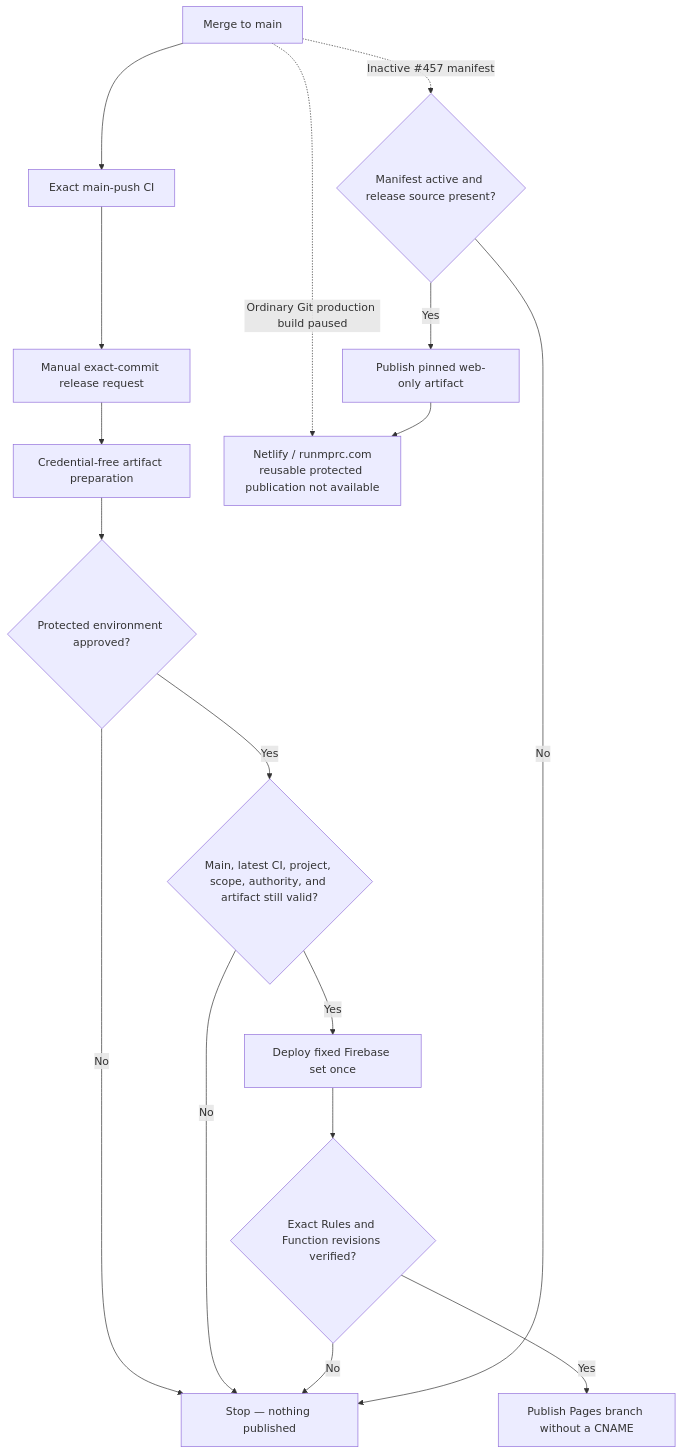
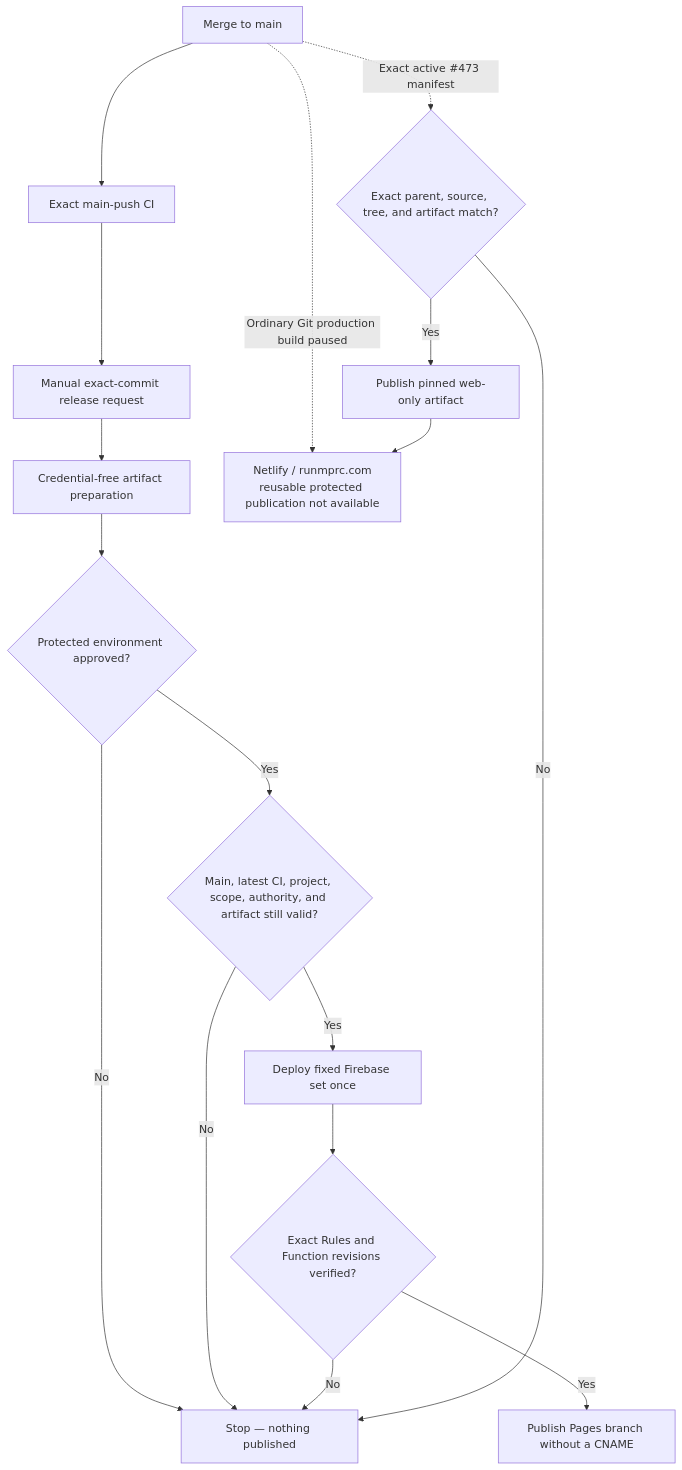
The second of 50 diagrams in SYSTEM_DESIGN.md (Run-MPRC/Run-MPRC.github.io), drawn with Mermaid before and after one commit. The commit also changed other lines of this file and 8 other files, not shown here.

Commit message:
Arm exact Shop and Events website release

````diff
--- a/SYSTEM_DESIGN.md
+++ b/SYSTEM_DESIGN.md
@@ -96,19 +96,19 @@
 ```mermaid
 flowchart TD
     Merge["Merge to main"] --> CI["Exact main-push CI"]
     CI --> Request["Manual exact-commit release request"]
     Request --> Prepare["Credential-free artifact preparation"]
     Prepare --> Approval{"Protected environment approved?"}
     Approval -- "No" --> Stop["Stop — nothing published"]
     Approval -- "Yes" --> Recheck{"Main, latest CI, project, scope, authority, and artifact still valid?"}
     Recheck -- "No" --> Stop
     Recheck -- "Yes" --> Backend["Deploy fixed Firebase set once"]
     Backend --> Verify{"Exact Rules and Function revisions verified?"}
     Verify -- "No" --> Stop
     Verify -- "Yes" --> Pages["Publish Pages branch without a CNAME"]
     Merge -. "Ordinary Git production build paused" .-> Netlify["Netlify / runmprc.com\nreusable protected publication not available"]
-    Merge -. "Inactive #457 manifest" .-> WebGate{"Manifest active and release source present?"}
+    Merge -. "Exact active #473 manifest" .-> WebGate{"Exact parent, source, tree, and artifact match?"}
     WebGate -- "No" --> Stop
     WebGate -- "Yes" --> WebOnly["Publish pinned web-only artifact"]
     WebOnly --> Netlify
 ```
````
